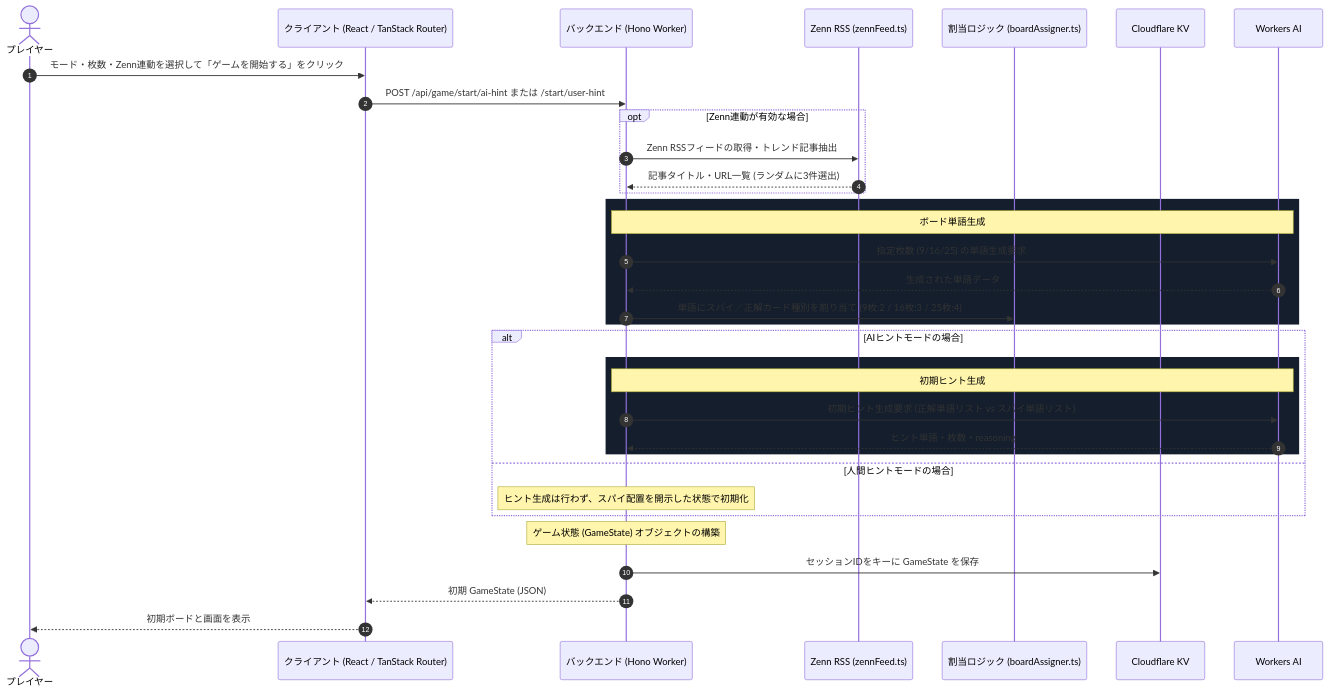
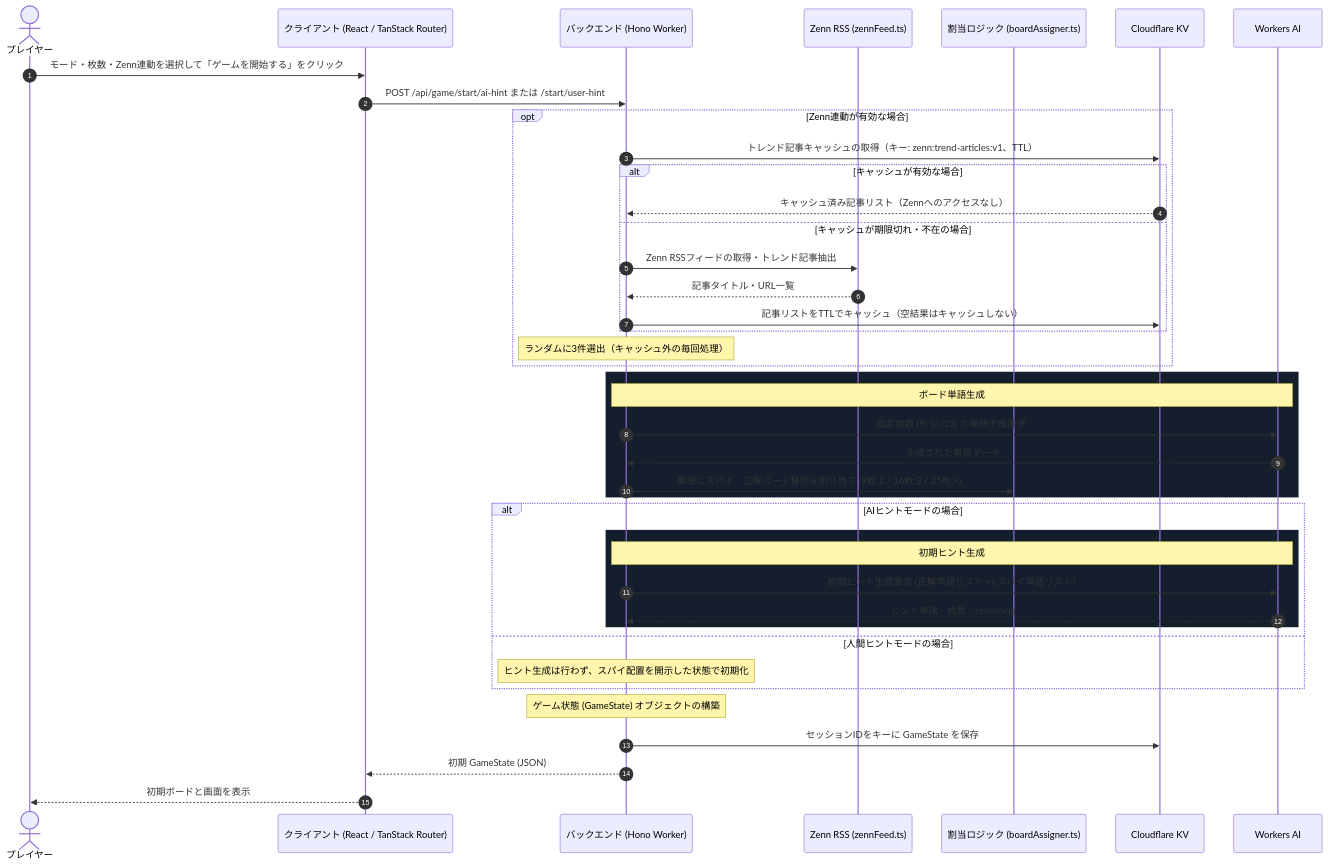
The second of 4 diagrams in docs/architecture.md (Eztas/cloude), drawn with Mermaid before and after one commit. The commit also changed other lines of this file and 2 other files, not shown here.

Commit message:
feat: Zenn RSS取得にKVキャッシュを追加（TTL 2時間）

````diff
--- a/docs/architecture.md
+++ b/docs/architecture.md
@@ -110,41 +110,48 @@
 ```mermaid
 sequenceDiagram
     autonumber
     actor User as プレイヤー
     participant Client as クライアント (React / TanStack Router)
     participant Worker as バックエンド (Hono Worker)
     participant Zenn as Zenn RSS (zennFeed.ts)
     participant Assigner as 割当ロジック (boardAssigner.ts)
     participant KV as Cloudflare KV
     participant AI as Workers AI
 
     User ->> Client: モード・枚数・Zenn連動を選択して「ゲームを開始する」をクリック
     Client ->> Worker: POST /api/game/start/ai-hint または /start/user-hint
 
     opt Zenn連動が有効な場合
-        Worker ->> Zenn: Zenn RSSフィードの取得・トレンド記事抽出
-        Zenn -->> Worker: 記事タイトル・URL一覧 (ランダムに3件選出)
+        Worker ->> KV: トレンド記事キャッシュの取得（キー: zenn:trend-articles:v1、TTL）
+        alt キャッシュが有効な場合
+            KV -->> Worker: キャッシュ済み記事リスト（Zennへのアクセスなし）
+        else キャッシュが期限切れ・不在の場合
+            Worker ->> Zenn: Zenn RSSフィードの取得・トレンド記事抽出
+            Zenn -->> Worker: 記事タイトル・URL一覧
+            Worker ->> KV: 記事リストをTTLでキャッシュ（空結果はキャッシュしない）
+        end
+        Note over Worker: ランダムに3件選出（キャッシュ外の毎回処理）
     end
 
     rect rgb(20, 30, 45)
         Note over Worker, AI: ボード単語生成
         Worker ->> AI: 指定枚数 (9/16/25) の単語生成要求
         AI -->> Worker: 生成された単語データ
         Worker ->> Assigner: 単語にスパイ／正解カード種別を割り当て (9枚:2 / 16枚:3 / 25枚:4)
     end
 
     alt AIヒントモードの場合
         rect rgb(20, 30, 45)
             Note over Worker, AI: 初期ヒント生成
             Worker ->> AI: 初期ヒント生成要求 (正解単語リスト vs スパイ単語リスト)
             AI -->> Worker: ヒント単語・枚数・reasoning
         end
     else 人間ヒントモードの場合
         Note over Worker: ヒント生成は行わず、スパイ配置を開示した状態で初期化
     end
 
     Note over Worker: ゲーム状態 (GameState) オブジェクトの構築
     Worker ->> KV: セッションIDをキーに GameState を保存
     Worker -->> Client: 初期 GameState (JSON)
     Client -->> User: 初期ボードと画面を表示
 ```
````
